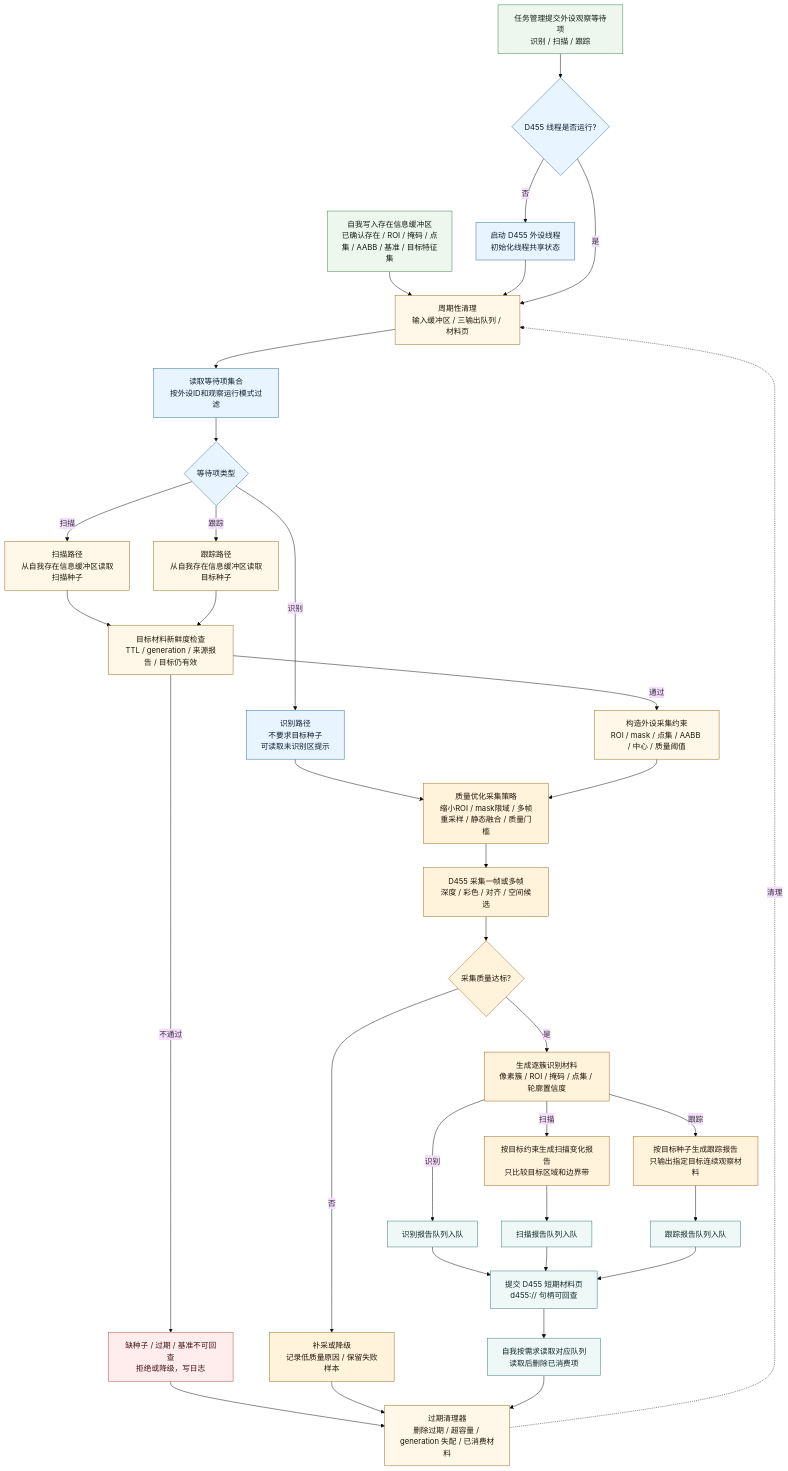
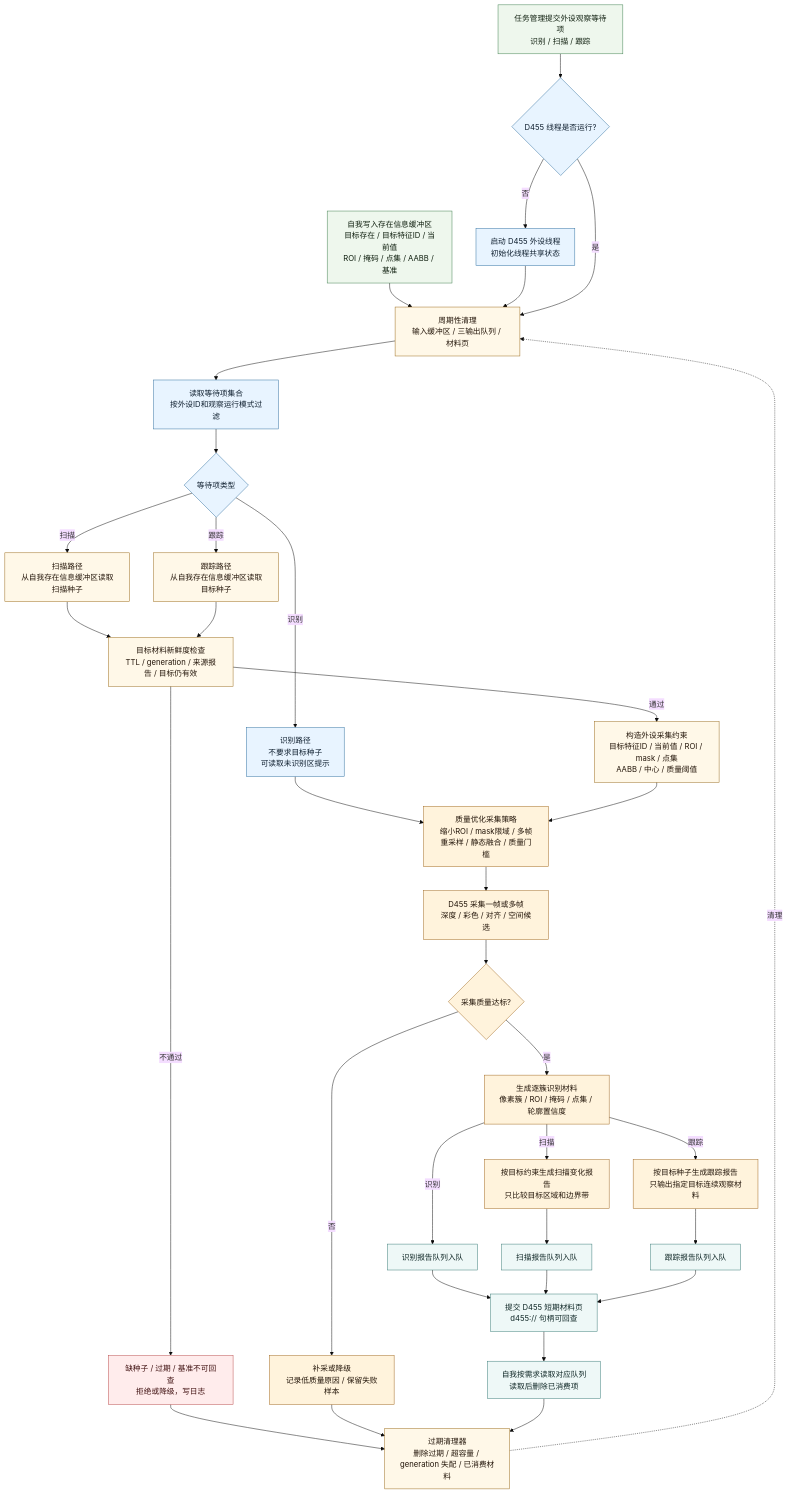
Before and after one commit to chunhaizh-cyber/Birthplace-of-digital-civilization: the first of 3 diagrams in 流程图/20260606_D455外设侧工作流程图_v0.2.md, drawn with Mermaid (base theme). The commit also changed other lines of this file and 5 other files, not shown here.

````diff
--- a/流程图/20260606_D455外设侧工作流程图_v0.2.md
+++ b/流程图/20260606_D455外设侧工作流程图_v0.2.md
@@ -70,66 +70,66 @@
 ```mermaid
 flowchart TB
     A["任务管理提交外设观察等待项<br/>识别 / 扫描 / 跟踪"]
-    B["自我写入存在信息缓冲区<br/>已确认存在 / ROI / 掩码 / 点集 / AABB / 基准 / 目标特征集"]
+    B["自我写入存在信息缓冲区<br/>目标存在 / 目标特征ID / 当前值<br/>ROI / 掩码 / 点集 / AABB / 基准"]
     C{"D455 线程是否运行?"}
     D["启动 D455 外设线程<br/>初始化线程共享状态"]
     E["周期性清理<br/>输入缓冲区 / 三输出队列 / 材料页"]
     F["读取等待项集合<br/>按外设ID和观察运行模式过滤"]
     G{"等待项类型"}
     H["识别路径<br/>不要求目标种子<br/>可读取未识别区提示"]
     I["扫描路径<br/>从自我存在信息缓冲区读取扫描种子"]
     J["跟踪路径<br/>从自我存在信息缓冲区读取目标种子"]
     K["目标材料新鲜度检查<br/>TTL / generation / 来源报告 / 目标仍有效"]
     L["缺种子 / 过期 / 基准不可回查<br/>拒绝或降级，写日志"]
-    M["构造外设采集约束<br/>ROI / mask / 点集 / AABB / 中心 / 质量阈值"]
+    M["构造外设采集约束<br/>目标特征ID / 当前值 / ROI / mask / 点集<br/>AABB / 中心 / 质量阈值"]
     N["质量优化采集策略<br/>缩小ROI / mask限域 / 多帧重采样 / 静态融合 / 质量门槛"]
     O["D455 采集一帧或多帧<br/>深度 / 彩色 / 对齐 / 空间候选"]
     P{"采集质量达标?"}
     Q["补采或降级<br/>记录低质量原因 / 保留失败样本"]
     R["生成逐簇识别材料<br/>像素簇 / ROI / 掩码 / 点集 / 轮廓置信度"]
     S["按目标约束生成扫描变化报告<br/>只比较目标区域和边界带"]
     T["按目标种子生成跟踪报告<br/>只输出指定目标连续观察材料"]
     U["识别报告队列入队"]
     V["扫描报告队列入队"]
     W["跟踪报告队列入队"]
     X["提交 D455 短期材料页<br/>d455:// 句柄可回查"]
     Y["自我按需求读取对应队列<br/>读取后删除已消费项"]
     Z["过期清理器<br/>删除过期 / 超容量 / generation 失配 / 已消费材料"]
 
     A --> C
     B --> E
     C -->|否| D --> E
     C -->|是| E
     E --> F --> G
     G -->|识别| H --> N
     G -->|扫描| I --> K
     G -->|跟踪| J --> K
     K -->|不通过| L --> Z
     K -->|通过| M --> N
     N --> O --> P
     P -->|否| Q --> Z
     P -->|是| R
     R -->|识别| U
     R -->|扫描| S --> V
     R -->|跟踪| T --> W
     U --> X
     V --> X
     W --> X
     X --> Y --> Z
     Z -.清理.-> E
 
     classDef input fill:#eef7ed,stroke:#3f7f4f,color:#102010;
     classDef buffer fill:#fff8e8,stroke:#9a6a1a,color:#24160a;
     classDef thread fill:#e8f4ff,stroke:#2f6f9f,color:#102030;
     classDef adapter fill:#fff3dc,stroke:#a0671e,color:#24160a;
     classDef queue fill:#eef8f7,stroke:#397b77,color:#102827;
     classDef gate fill:#f1edff,stroke:#6c56a4,color:#1d1730;
     classDef err fill:#ffecec,stroke:#b84a4a,color:#401111;
 
     class A,B input;
     class E,I,J,K,M,Z buffer;
     class C,D,F,G,H thread;
     class N,O,P,Q,R,S,T adapter;
     class U,V,W,X,Y queue;
     class L err;
 ```
````
